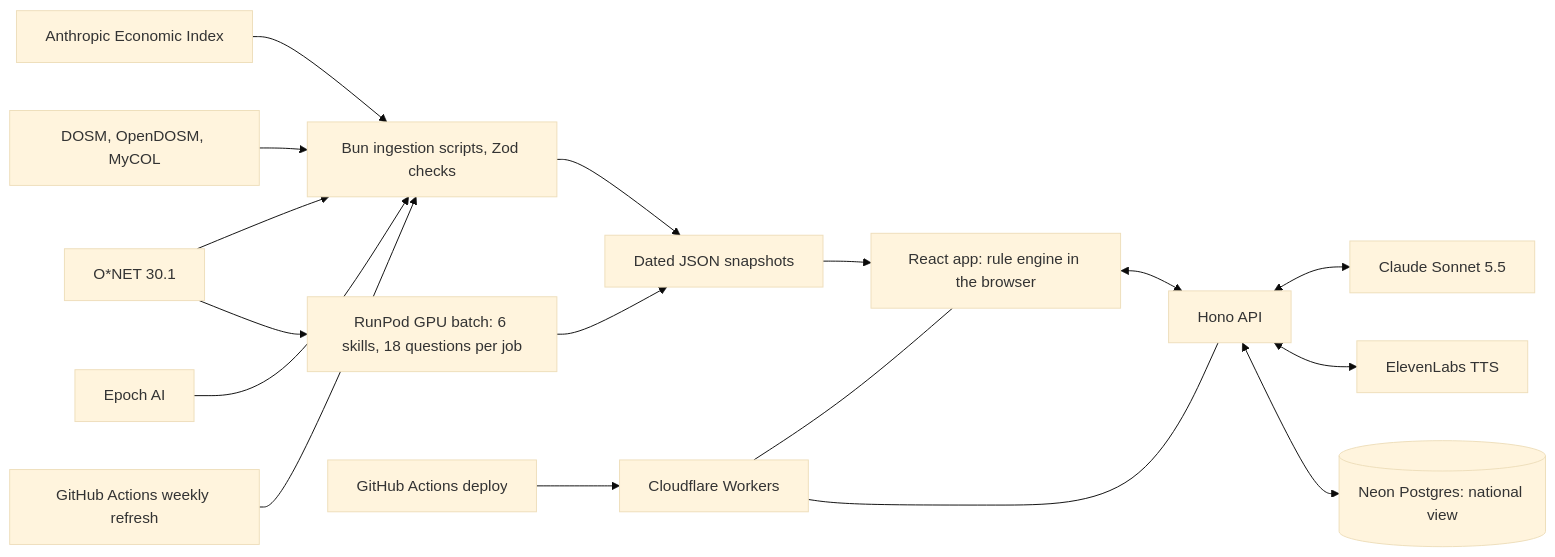
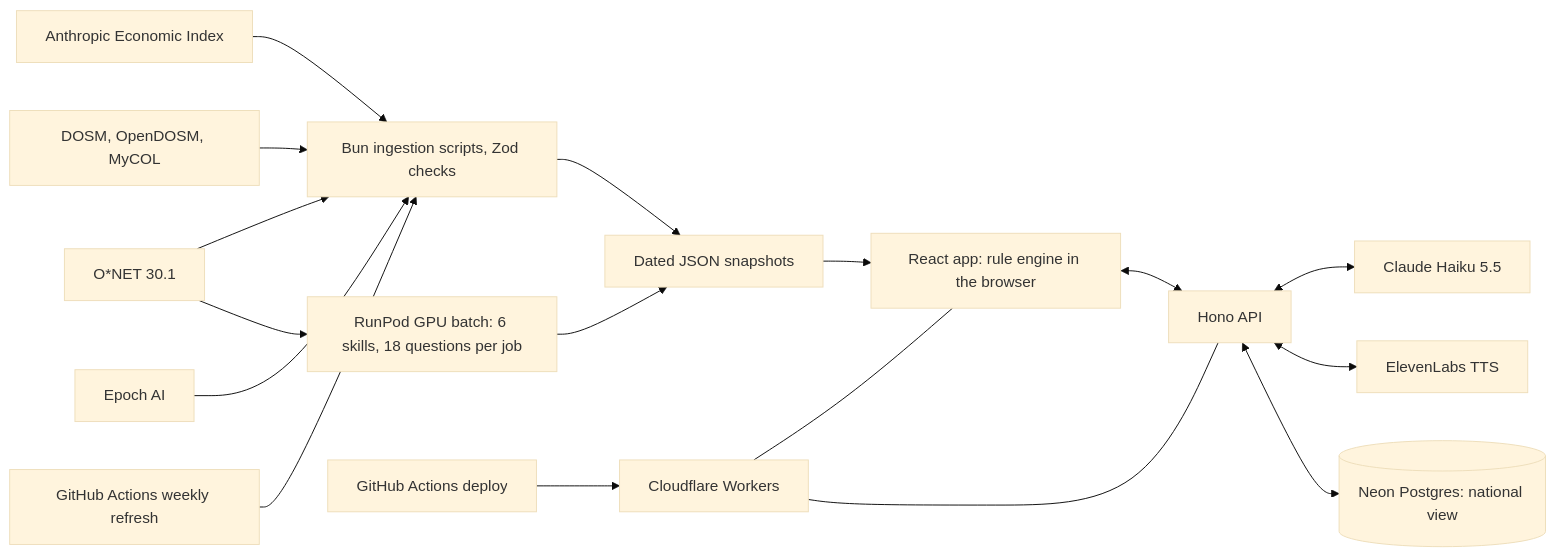
Before and after one commit to TolongLabs/Kotak: the diagram in docs/PRD.md, drawn with Mermaid (base theme). The commit also changed other lines of this file and 2 other files, not shown here.

First line of the commit message:
feat: switch the ai layer to haiku 5.5

````diff
--- a/docs/PRD.md
+++ b/docs/PRD.md
@@ -103,19 +103,19 @@
 ```mermaid
 flowchart LR
   ONET["O*NET 30.1"] --> ING["Bun ingestion scripts, Zod checks"]
   AEI["Anthropic Economic Index"] --> ING
   DOSM["DOSM, OpenDOSM, MyCOL"] --> ING
   EPOCH["Epoch AI"] --> ING
   GHA["GitHub Actions weekly refresh"] --> ING
   ONET --> GPU["RunPod GPU batch: 6 skills, 18 questions per job"]
   ING --> SNAP["Dated JSON snapshots"]
   GPU --> SNAP
   SNAP --> WEB["React app: rule engine in the browser"]
   WEB <--> API["Hono API"]
-  API <--> CLAUDE["Claude Sonnet 5.5"]
+  API <--> CLAUDE["Claude Haiku 5.5"]
   API <--> TTS["ElevenLabs TTS"]
   API <--> PG[("Neon Postgres: national view")]
   DEPLOY["GitHub Actions deploy"] --> HOST["Cloudflare Workers"]
   HOST --- WEB
   HOST --- API
 ```
````
